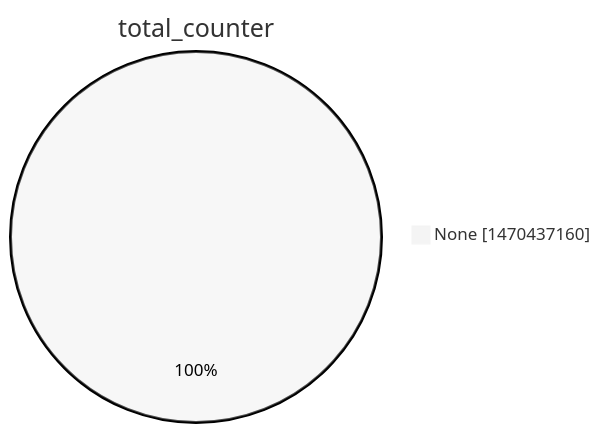
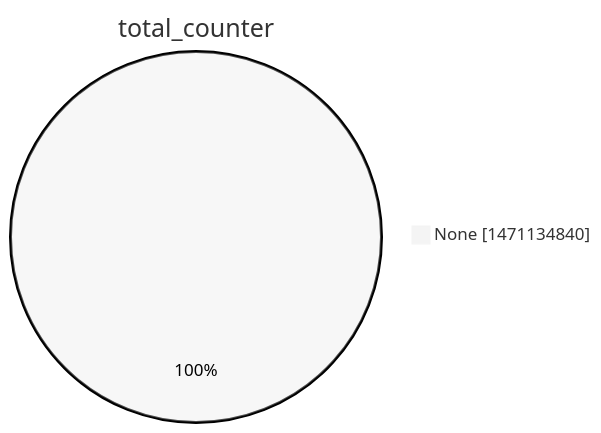
One commit to christiankrug/ctmonitor_visualization changed the second of 15 diagrams in argon2022/README.md. Above: the diagram before and after it, drawn with Mermaid (neutral theme). The commit also changed other lines of this file, not shown here.

````diff
--- a/argon2022/README.md
+++ b/argon2022/README.md
@@ -9,5 +9,5 @@
 ```mermaid
 pie showData
 title total_counter
-"None" :1470437160
+"None" :1471134840
 ```
````
